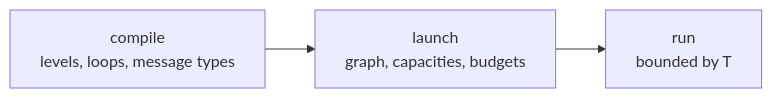
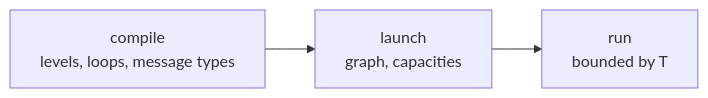
One commit to PKD667/trame changed the first of 10 diagrams in spec.md. Above: the diagram before and after it, drawn with Mermaid. The commit also changed other lines of this file and 245 other files, not shown here.

````diff
--- a/spec.md
+++ b/spec.md
@@ -15,4 +15,4 @@
 ```mermaid
 flowchart LR
-  C["compile<br/>levels, loops, message types"] --> L["launch<br/>graph, capacities, budgets"] --> R["run<br/>bounded by T"]
+  C["compile<br/>levels, loops, message types"] --> L["launch<br/>graph, capacities"] --> R["run<br/>bounded by T"]
 ```
````
